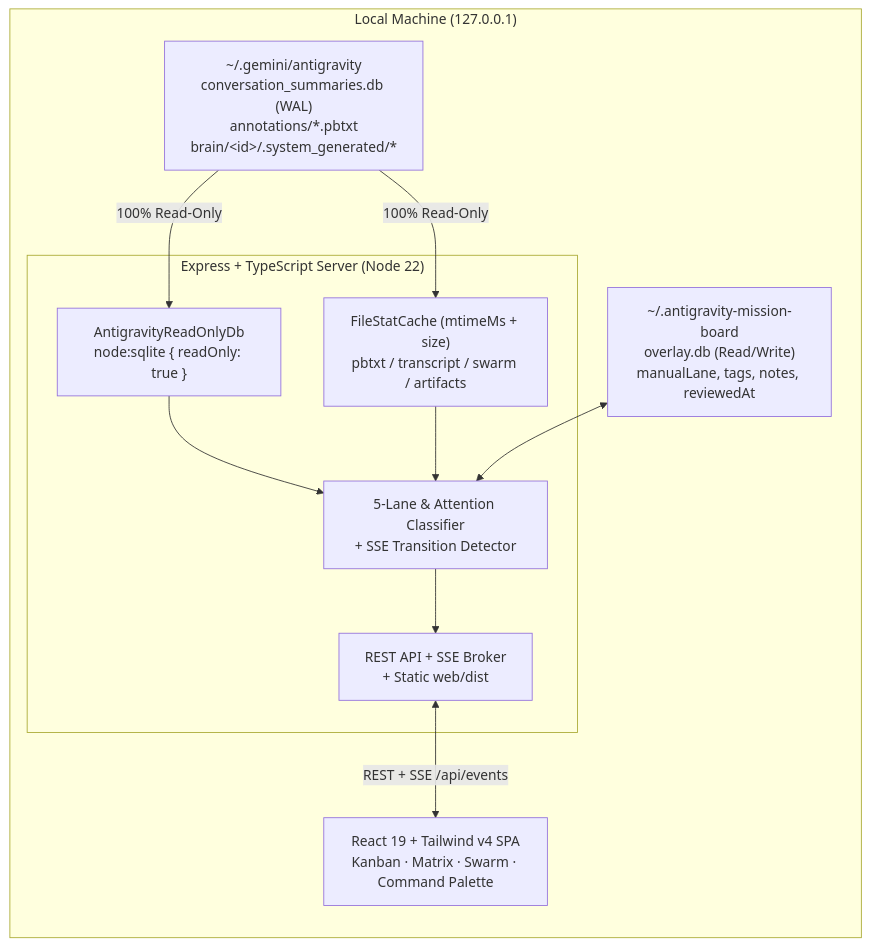
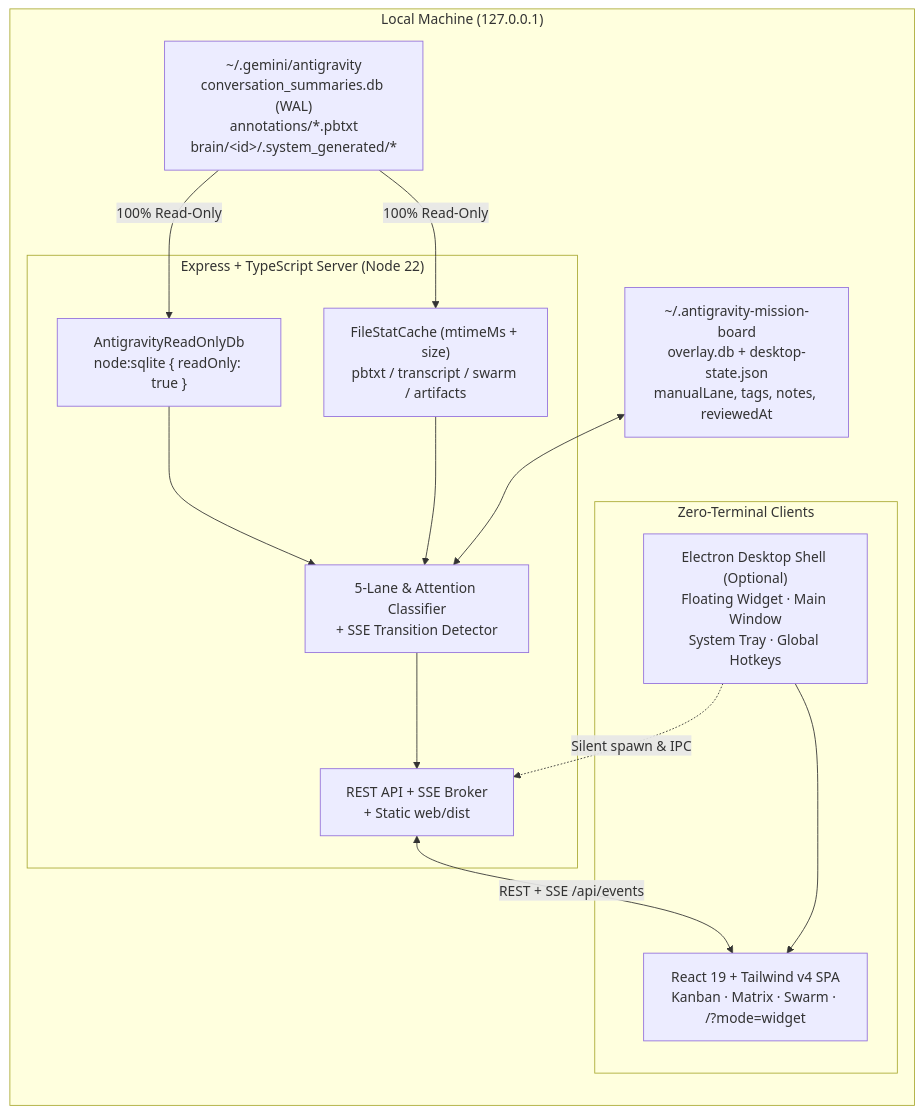
Before and after one commit to Lovlace777/antigravity-mission-board: the diagram in README.md, drawn with Mermaid. The commit also changed other lines of this file and 52 other files, not shown here.

Commit message:
feat(v2.0.0): de-AI warm editorial redesign, desktop floating widget & zero-terminal tray app

````diff
--- a/README.md
+++ b/README.md
@@ -143,24 +165,29 @@
 ```mermaid
 flowchart LR
     subgraph Local["Local Machine (127.0.0.1)"]
         AG["~/.gemini/antigravity<br/>conversation_summaries.db (WAL)<br/>annotations/*.pbtxt<br/>brain/&lt;id&gt;/.system_generated/*"]
-        OV["~/.antigravity-mission-board<br/>overlay.db (Read/Write)<br/>manualLane, tags, notes, reviewedAt"]
+        OV["~/.antigravity-mission-board<br/>overlay.db + desktop-state.json<br/>manualLane, tags, notes, reviewedAt"]
 
         subgraph Server["Express + TypeScript Server (Node 22)"]
             DB["AntigravityReadOnlyDb<br/>node:sqlite { readOnly: true }"]
             CACHE["FileStatCache (mtimeMs + size)<br/>pbtxt / transcript / swarm / artifacts"]
             CLS["5-Lane & Attention Classifier<br/>+ SSE Transition Detector"]
             API["REST API + SSE Broker<br/>+ Static web/dist"]
         end
 
-        UI["React 19 + Tailwind v4 SPA<br/>Kanban · Matrix · Swarm · Command Palette"]
+        subgraph Clients["Zero-Terminal Clients"]
+            DESK["Electron Desktop Shell (Optional)<br/>Floating Widget · Main Window<br/>System Tray · Global Hotkeys"]
+            UI["React 19 + Tailwind v4 SPA<br/>Kanban · Matrix · Swarm · /?mode=widget"]
+        end
     end
 
     AG -- "100% Read-Only" --> DB
     AG -- "100% Read-Only" --> CACHE
     DB --> CLS
     CACHE --> CLS
     OV <--> CLS
     CLS --> API
+    DESK -. "Silent spawn & IPC" .-> API
     API <-- "REST + SSE /api/events" --> UI
+    DESK --> UI
 ```
````
